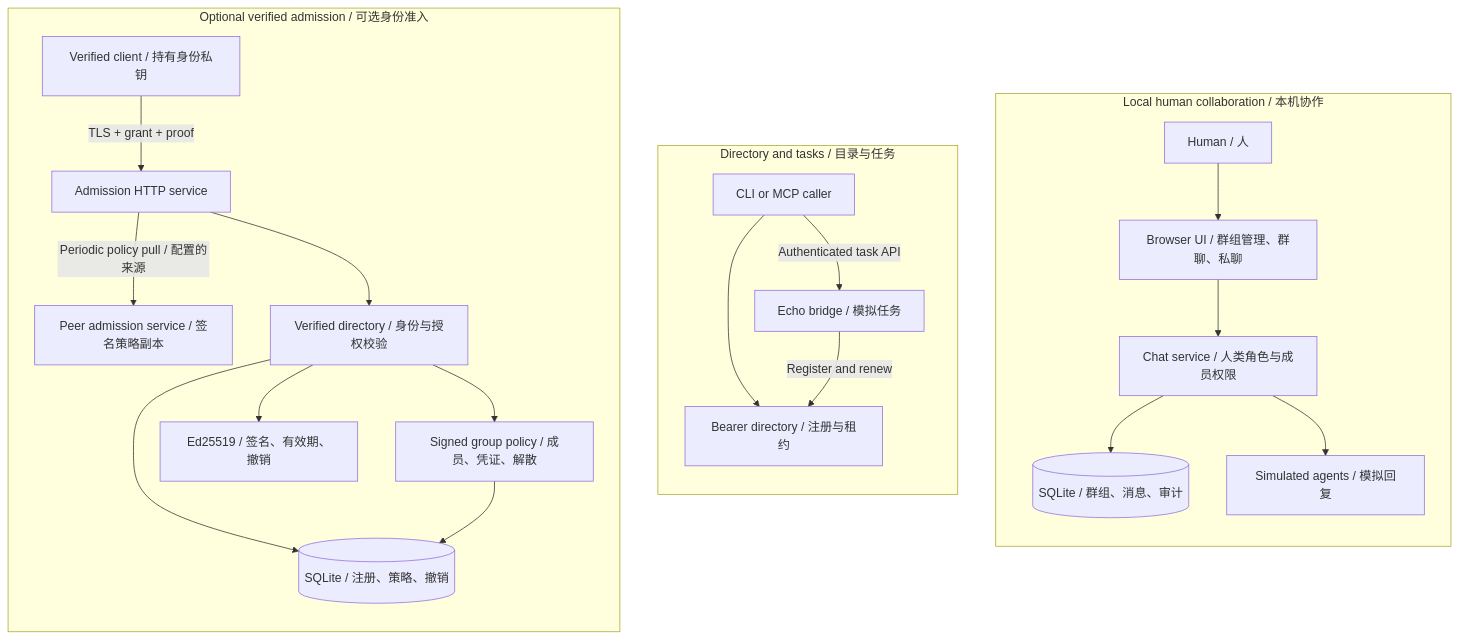
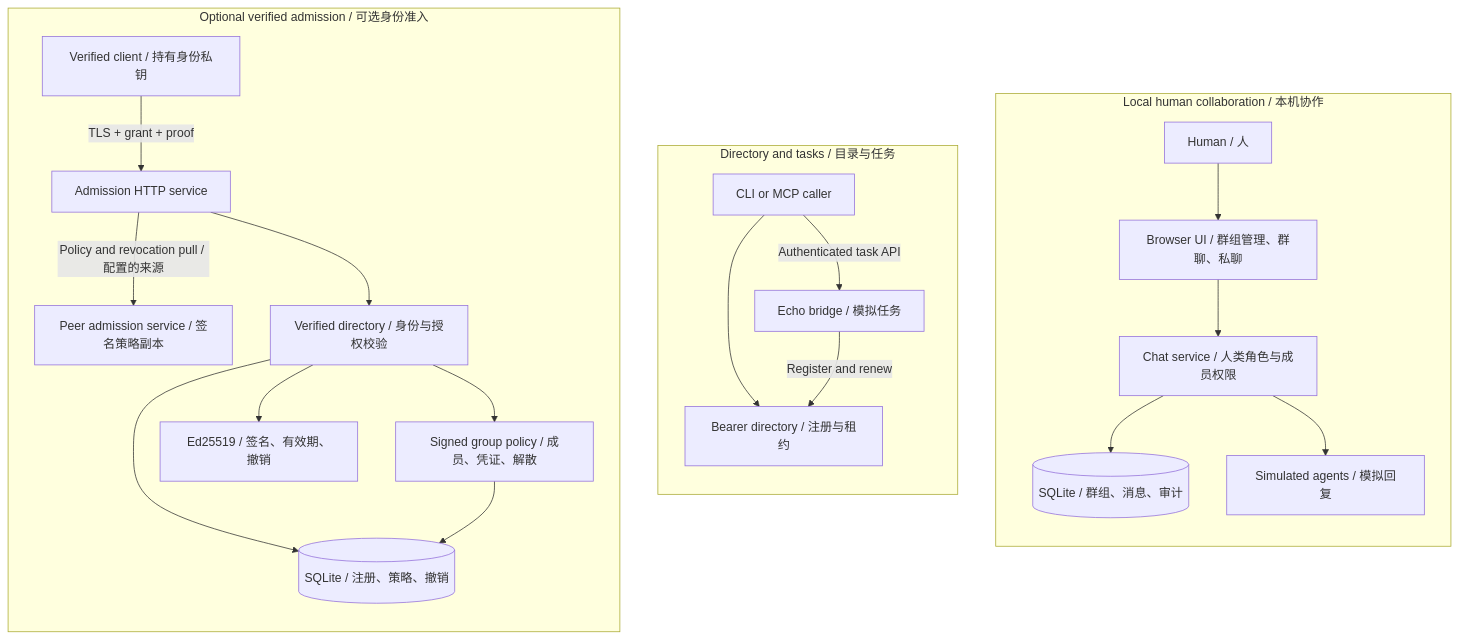
The first of 2 diagrams in README.md (lgdu/tailnet-agents), drawn with Mermaid before and after one commit. The commit also changed other lines of this file and 16 other files, not shown here.

````diff
--- a/README.md
+++ b/README.md
@@ -36,26 +36,26 @@
 ```mermaid
 flowchart TB
   subgraph CHAT["Local human collaboration / 本机协作"]
     direction TB
     H["Human / 人"] --> UI["Browser UI / 群组管理、群聊、私聊"]
     UI --> CS["Chat service / 人类角色与成员权限"]
     CS --> DB[("SQLite / 群组、消息、审计")]
     CS --> SIM["Simulated agents / 模拟回复"]
   end
   subgraph TASK["Directory and tasks / 目录与任务"]
     direction TB
     CALL["CLI or MCP caller"] --> REG["Bearer directory / 注册与租约"]
     CALL -->|"Authenticated task API"| ECHO["Echo bridge / 模拟任务"]
     ECHO -->|"Register and renew"| REG
   end
   subgraph VERIFY["Optional verified admission / 可选身份准入"]
     direction TB
     VC["Verified client / 持有身份私钥"] -->|"TLS + grant + proof"| API["Admission HTTP service"]
-    API -->|"Periodic policy pull / 配置的来源"| PEER["Peer admission service / 签名策略副本"]
+    API -->|"Policy and revocation pull / 配置的来源"| PEER["Peer admission service / 签名策略副本"]
     API --> VD["Verified directory / 身份与授权校验"]
     VD --> GP["Signed group policy / 成员、凭证、解散"]
     VD --> ID["Ed25519 / 签名、有效期、撤销"]
     VD --> VDB[("SQLite / 注册、策略、撤销")]
     GP --> VDB
   end
 ```
````
